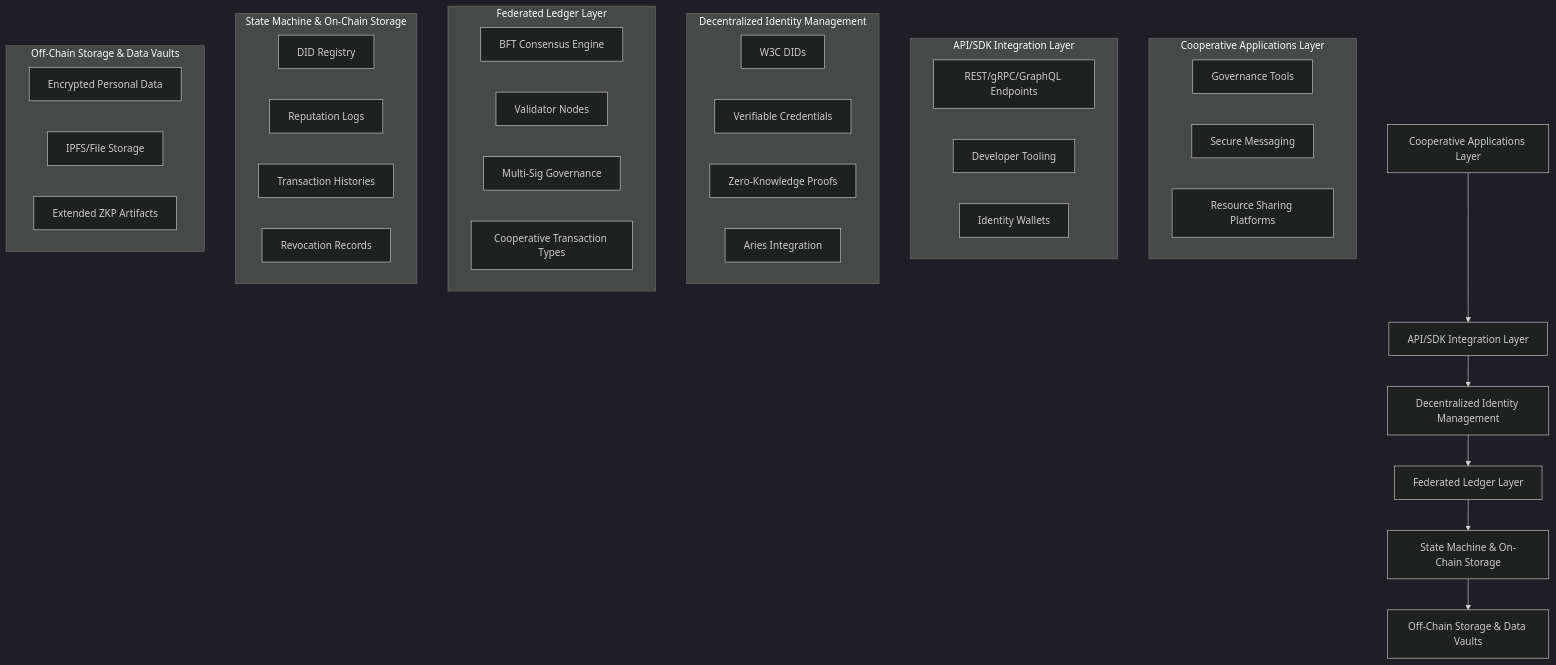
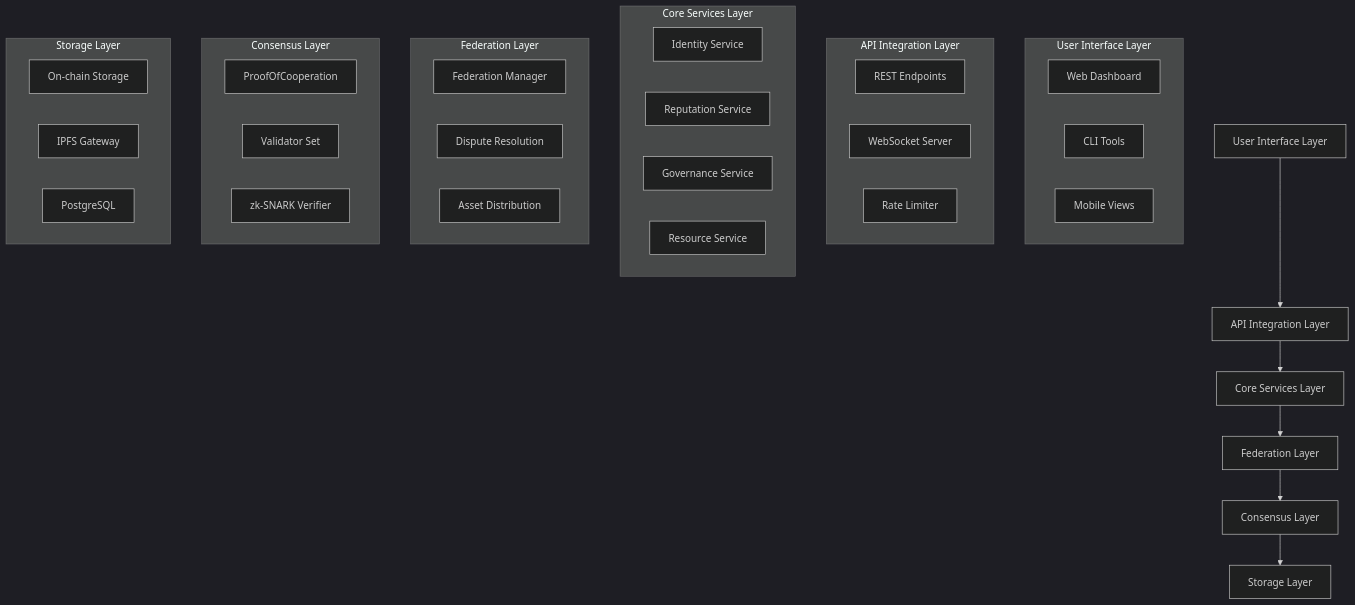
Before and after one commit to InterCooperative-Network/ICN: the diagram in docs/architecture/diagrams/mermaid/component-diagram.mermaid, drawn with Mermaid (dark theme). The commit also changed 30 other files, not shown here.

```diff
--- a/docs/architecture/diagrams/mermaid/component-diagram.mermaid
+++ b/docs/architecture/diagrams/mermaid/component-diagram.mermaid
@@ -1,47 +1,45 @@
 %% Mermaid diagram placeholder
 
 graph TD
-    A[Cooperative Applications Layer] --> B[API/SDK Integration Layer]
-    B --> C[Decentralized Identity Management]
-    C --> D[Federated Ledger Layer]
-    D --> E[State Machine & On-Chain Storage]
-    E --> F[Off-Chain Storage & Data Vaults]
+    A[User Interface Layer] --> B[API Integration Layer]
+    B --> C[Core Services Layer] 
+    C --> D[Federation Layer]
+    D --> E[Consensus Layer]
+    E --> F[Storage Layer]
 
-    subgraph Cooperative Applications Layer
-        A1[Governance Tools]
-        A2[Secure Messaging]
-        A3[Resource Sharing Platforms]
+    subgraph User Interface Layer
+        A1[Web Dashboard]
+        A2[CLI Tools]
+        A3[Mobile Views]
     end
 
-    subgraph API/SDK Integration Layer
-        B1[REST/gRPC/GraphQL Endpoints]
-        B2[Developer Tooling]
-        B3[Identity Wallets]
+    subgraph API Integration Layer
+        B1[REST Endpoints]
+        B2[WebSocket Server]
+        B3[Rate Limiter]
     end
 
-    subgraph Decentralized Identity Management
-        C1[W3C DIDs]
-        C2[Verifiable Credentials]
-        C3[Zero-Knowledge Proofs]
-        C4[Aries Integration]
+    subgraph Core Services Layer
+        C1[Identity Service]
+        C2[Reputation Service]
+        C3[Governance Service]
+        C4[Resource Service]
     end
 
-    subgraph Federated Ledger Layer
-        D1[BFT Consensus Engine]
-        D2[Validator Nodes]
-        D3[Multi-Sig Governance]
-        D4[Cooperative Transaction Types]
+    subgraph Federation Layer
+        D1[Federation Manager]
+        D2[Dispute Resolution]
+        D3[Asset Distribution]
     end
 
-    subgraph State Machine & On-Chain Storage
-        E1[DID Registry]
-        E2[Reputation Logs]
-        E3[Transaction Histories]
-        E4[Revocation Records]
+    subgraph Consensus Layer
+        E1[ProofOfCooperation]
+        E2[Validator Set]
+        E3[zk-SNARK Verifier]
     end
 
-    subgraph Off-Chain Storage & Data Vaults
-        F1[Encrypted Personal Data]
-        F2[IPFS/File Storage]
-        F3[Extended ZKP Artifacts]
+    subgraph Storage Layer
+        F1[On-chain Storage]
+        F2[IPFS Gateway]
+        F3[PostgreSQL]
     end
```
